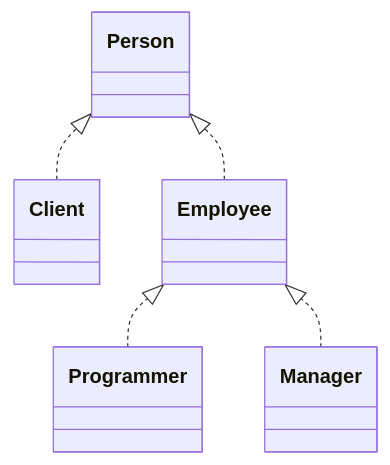
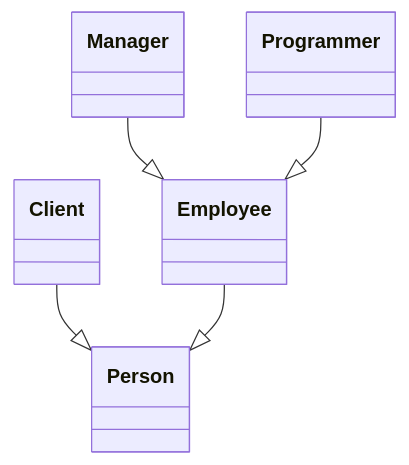
The diagram in slides/E3.2 - Java Classes (Inheritance).md (nbicocchi/learn-java-core), drawn with Mermaid before and after one commit.

````diff
--- a/slides/E3.2 - Java Classes (Inheritance).md
+++ b/slides/E3.2 - Java Classes (Inheritance).md
@@ -38,23 +38,23 @@
 ```mermaid
 classDiagram
-direction BT
-class Person {
-}
+    class Person {
+    }
 
-class Client {
-}
+    class Client {
+    }
 
-class Employee {
-}
+    class Employee {
+    }
 
-class Manager {
-}
+    class Manager {
+    }
 
-class Programmer {
-}
+    class Programmer {
+    }
 
-Client  ..|>  Person 
-Employee  ..|>  Person
-Programmer ..|> Employee
-Manager ..|> Employee
+
+    Manager --|> Employee
+    Programmer --|> Employee
+    Client --|> Person
+    Employee --|> Person
 ```
````
